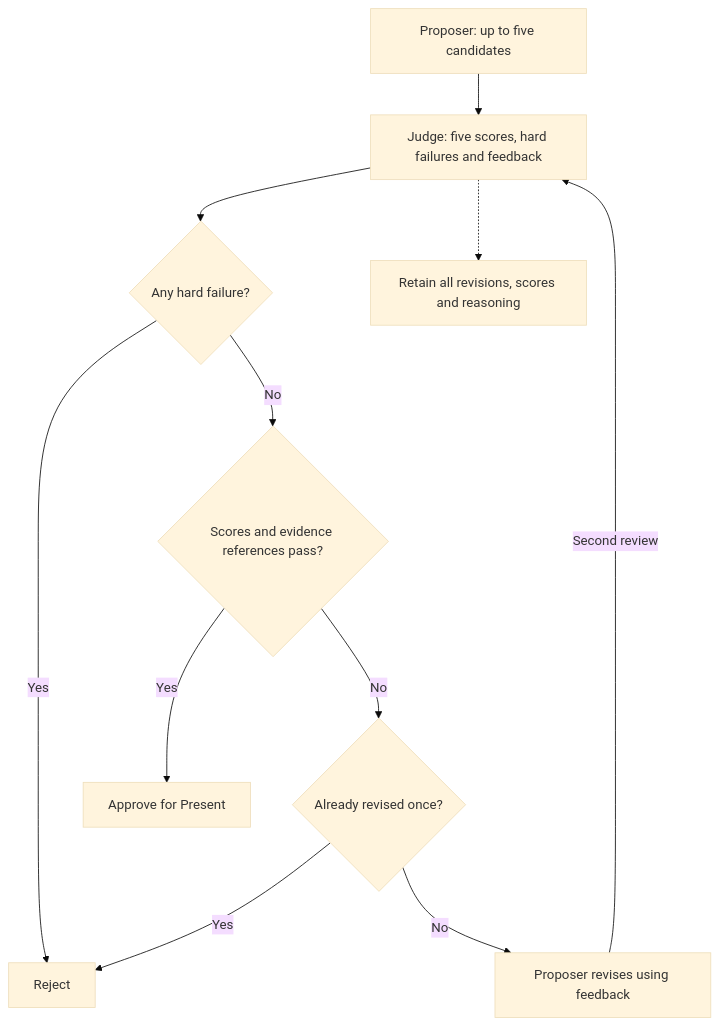
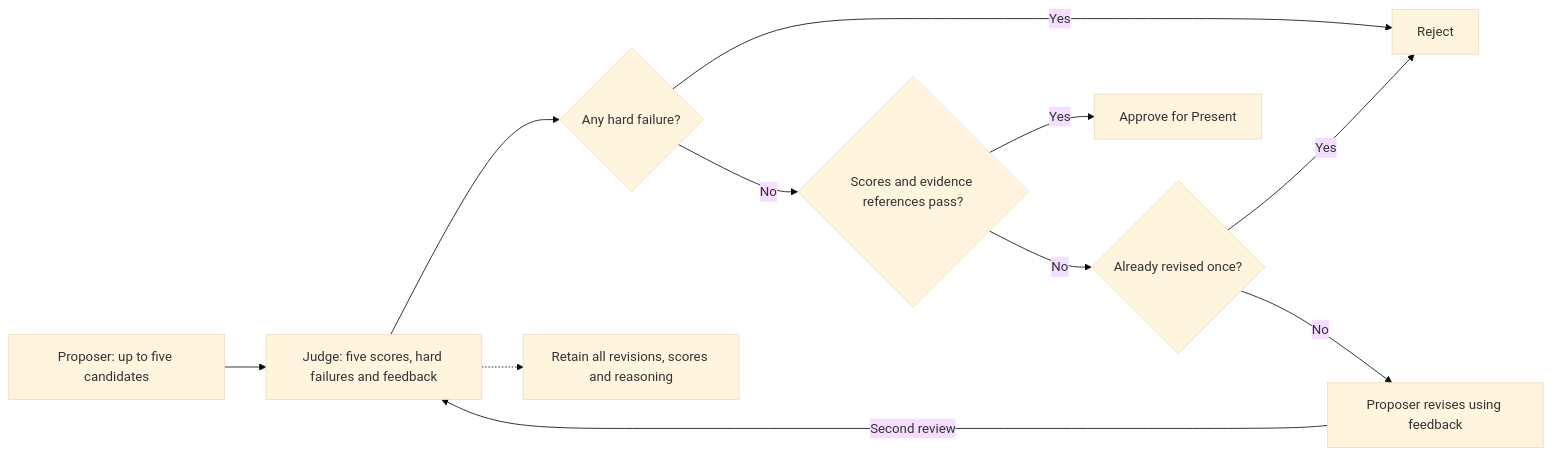
Before and after one commit to nickhuo/Appraise: the third of 3 diagrams in docs/system-design.md, drawn with Mermaid (base theme). The commit also changed other lines of this file and 3 other files, not shown here.

````diff
--- a/docs/system-design.md
+++ b/docs/system-design.md
@@ -189,13 +182,13 @@
 ```mermaid
-flowchart TD
+flowchart LR
     P[Proposer: up to five candidates] --> J[Judge: five scores, hard failures and feedback]
     J --> H{Any hard failure?}
     H -->|Yes| N[Reject]
     H -->|No| G{Scores and evidence references pass?}
     G -->|Yes| Y[Approve for Present]
     G -->|No| R{Already revised once?}
     R -->|Yes| N
     R -->|No| V[Proposer revises using feedback]
     V -->|Second review| J
     J -.-> L[Retain all revisions, scores and reasoning]
 ```
````
